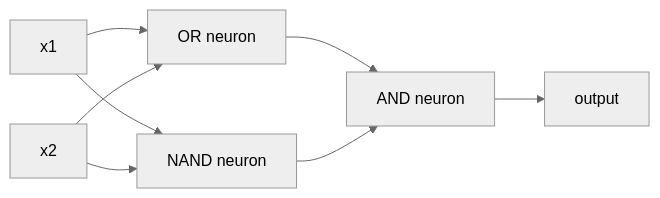
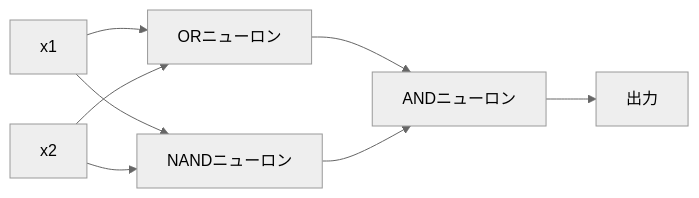
The second of 2 diagrams in content/phases/03-deep-learning-core/01-the-perceptron/lesson.ja.md (shoshoshomen/synapse-academy), drawn with Mermaid (neutral theme) before and after one commit. The commit also changed other lines of this file and 124 other files, not shown here.

First line of the commit message:
feat(i18n): mermaid図のラベルを日本語化(194レッスン/374図)

````diff
--- a/content/phases/03-deep-learning-core/01-the-perceptron/lesson.ja.md
+++ b/content/phases/03-deep-learning-core/01-the-perceptron/lesson.ja.md
@@ -210,10 +210,10 @@
 ```mermaid
 graph LR
-    x1["x1"] --> OR["OR neuron"]
-    x1 --> NAND["NAND neuron"]
+    x1["x1"] --> OR["ORニューロン"]
+    x1 --> NAND["NANDニューロン"]
     x2["x2"] --> OR
     x2 --> NAND
-    OR --> AND["AND neuron"]
+    OR --> AND["ANDニューロン"]
     NAND --> AND
-    AND --> out["output"]
+    AND --> out["出力"]
 ```
````
